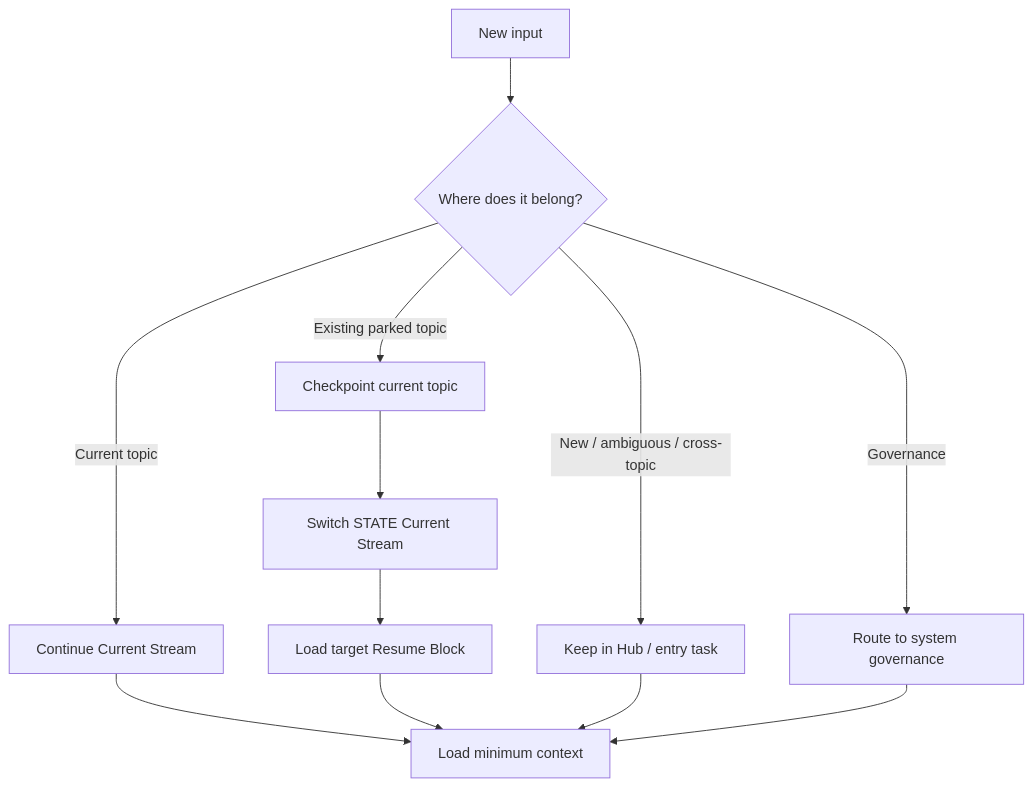
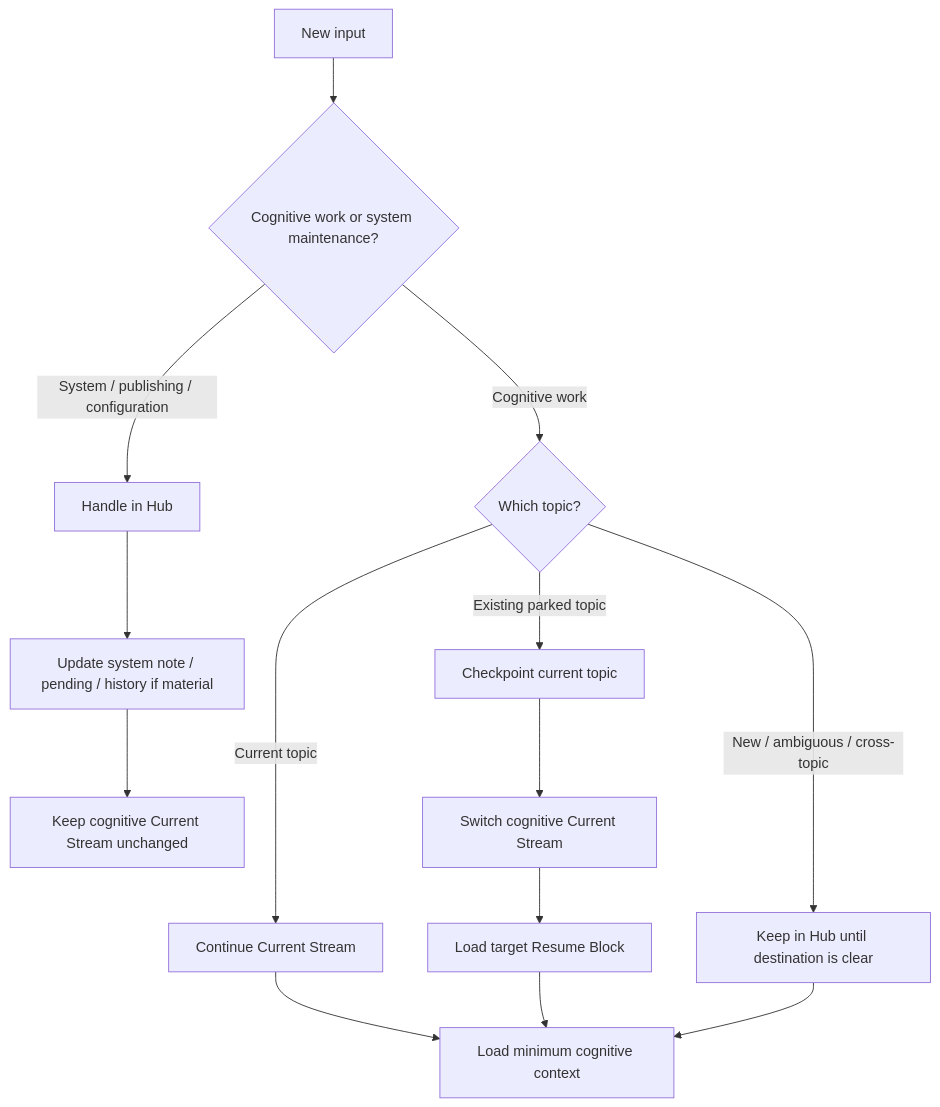
One commit to yuchengchai404-sketch/personal-world-model-harness changed the diagram in docs/task-routing.md. Above: the diagram before and after it, drawn with Mermaid. The commit also changed other lines of this file and 7 other files, not shown here.

````diff
--- a/docs/task-routing.md
+++ b/docs/task-routing.md
@@ -18,14 +18,16 @@
 ```mermaid
 flowchart TD
-    I["New input"] --> Q{"Where does it belong?"}
-    Q -->|"Current topic"| C["Continue Current Stream"]
-    Q -->|"Existing parked topic"| P["Checkpoint current topic"]
-    P --> S["Switch STATE Current Stream"]
+    I["New input"] --> Q{"Cognitive work or system maintenance?"}
+    Q -->|"System / publishing / configuration"| G["Handle in Hub"]
+    G --> GS["Update system note / pending / history if material"]
+    GS --> K["Keep cognitive Current Stream unchanged"]
+    Q -->|"Cognitive work"| T{"Which topic?"}
+    T -->|"Current topic"| C["Continue Current Stream"]
+    T -->|"Existing parked topic"| P["Checkpoint current topic"]
+    P --> S["Switch cognitive Current Stream"]
     S --> R["Load target Resume Block"]
-    Q -->|"New / ambiguous / cross-topic"| H["Keep in Hub / entry task"]
-    Q -->|"Governance"| G["Route to system governance"]
-    C --> M["Load minimum context"]
+    T -->|"New / ambiguous / cross-topic"| H["Keep in Hub until destination is clear"]
+    C --> M["Load minimum cognitive context"]
     R --> M
     H --> M
-    G --> M
 ```
````
